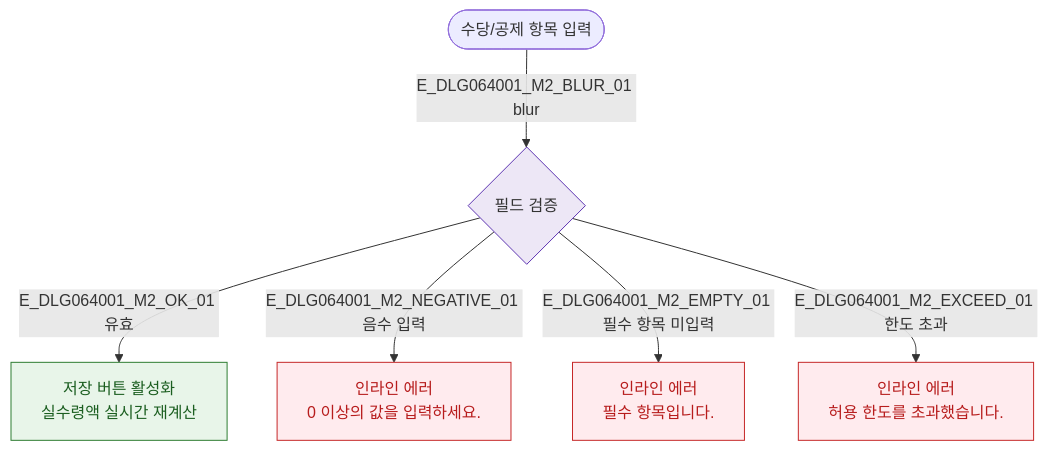
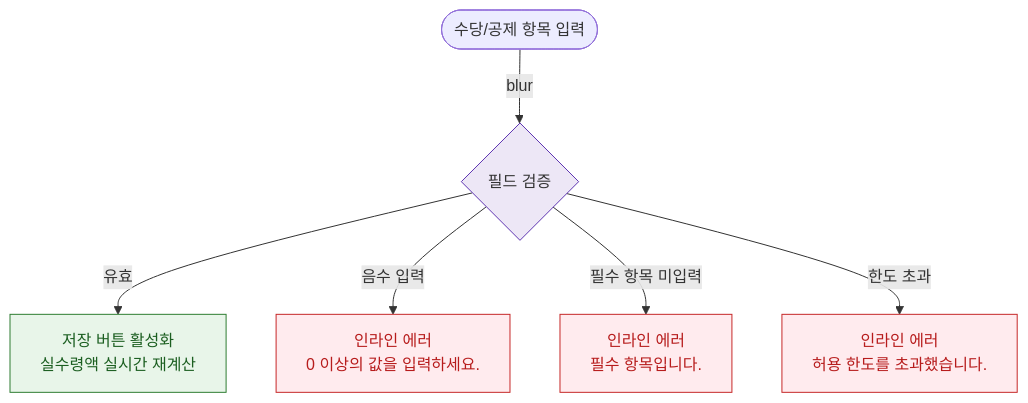
One commit to dev-spogym/admin-pando changed the diagram in docs/다이어그램/D07_직원관리/DLG/DLG-064-001/M2_필드검증.md. Above: the diagram before and after it, drawn with Mermaid. The commit also changed other lines of this file and 1660 other files, not shown here.

First line of the commit message:
다이어그램: 기획자/클라이언트 납품본으로 정리

````diff
--- a/docs/다이어그램/D07_직원관리/DLG/DLG-064-001/M2_필드검증.md
+++ b/docs/다이어그램/D07_직원관리/DLG/DLG-064-001/M2_필드검증.md
@@ -14,18 +12,18 @@
 ```mermaid
 flowchart TD
   INPUT([수당/공제 항목 입력])
-  INPUT -->|E_DLG064001_M2_BLUR_01 blur| VALIDATE{필드 검증}
+  INPUT -->|blur|VALIDATE{필드 검증}
 
-  VALIDATE -->|E_DLG064001_M2_OK_01 유효| VALID[저장 버튼 활성화\n실수령액 실시간 재계산]
-  VALIDATE -->|E_DLG064001_M2_NEGATIVE_01 음수 입력| ERR_NEG[인라인 에러\n0 이상의 값을 입력하세요.]
-  VALIDATE -->|E_DLG064001_M2_EMPTY_01 필수 항목 미입력| ERR_EMPTY[인라인 에러\n필수 항목입니다.]
-  VALIDATE -->|E_DLG064001_M2_EXCEED_01 한도 초과| ERR_EXCEED[인라인 에러\n허용 한도를 초과했습니다.]
+  VALIDATE -->|유효|VALID[저장 버튼 활성화\n실수령액 실시간 재계산]
+  VALIDATE -->|음수 입력|ERR_NEG[인라인 에러\n0 이상의 값을 입력하세요.]
+  VALIDATE -->|필수 항목 미입력|ERR_EMPTY[인라인 에러\n필수 항목입니다.]
+  VALIDATE -->|한도 초과|ERR_EXCEED[인라인 에러\n허용 한도를 초과했습니다.]
 
   classDef success fill:#E8F5E9,stroke:#2E7D32,color:#1B5E20
-  classDef error   fill:#FFEBEE,stroke:#C62828,color:#B71C1C
-  classDef system  fill:#EDE7F6,stroke:#5E35B2
+  classDef error fill:#FFEBEE,stroke:#C62828,color:#B71C1C
+  classDef system fill:#EDE7F6,stroke:#5E35B2
 
   class VALID success
   class ERR_NEG,ERR_EMPTY,ERR_EXCEED error
   class VALIDATE system
 ```
````
